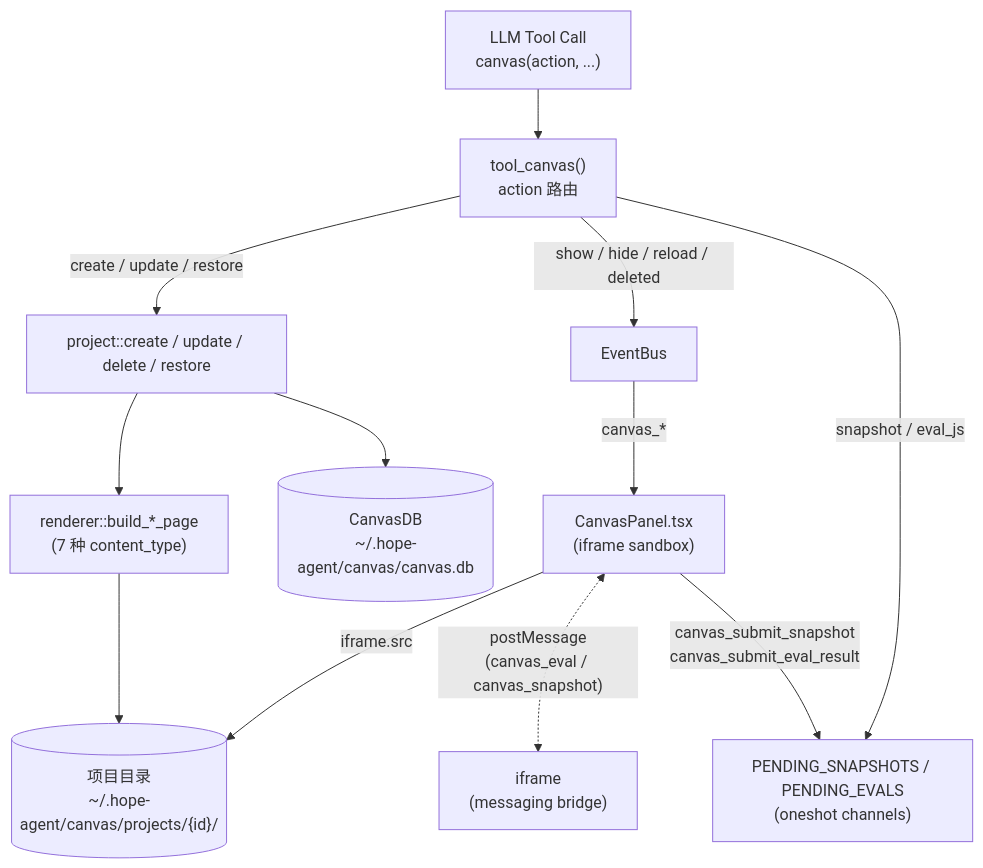
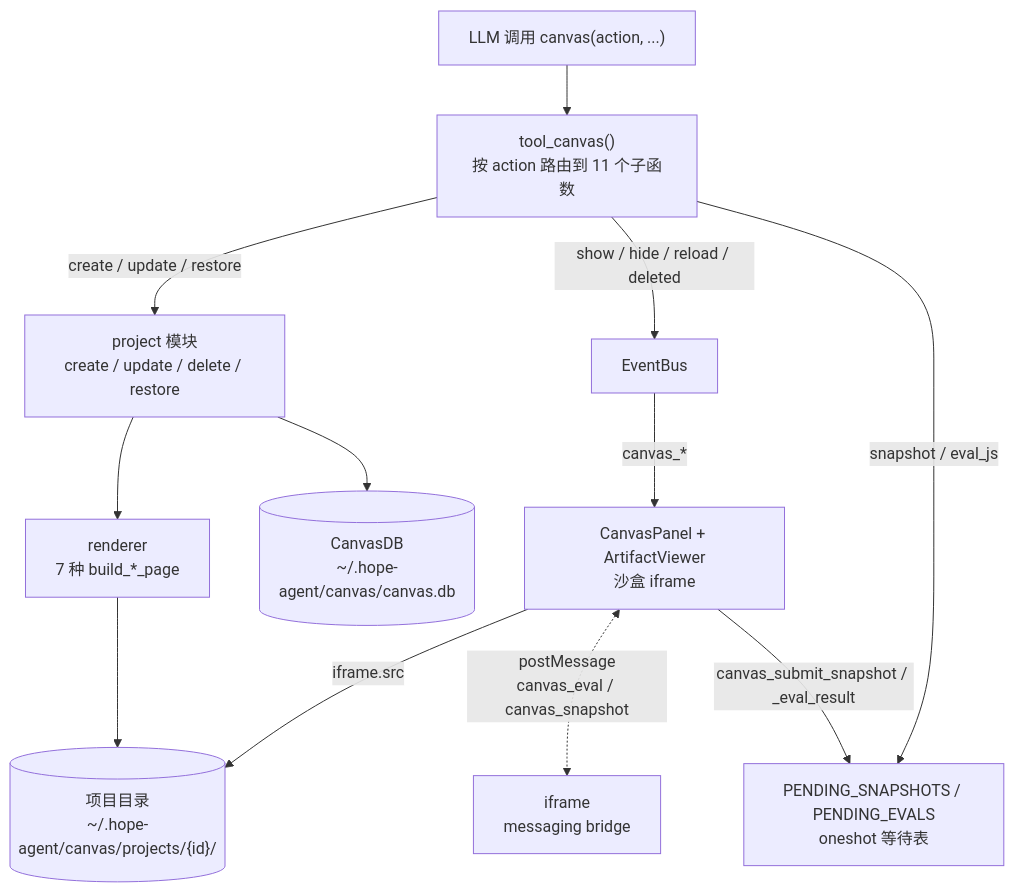
One commit to shiwenwen/hope-agent changed the first of 4 diagrams in docs/architecture/canvas.md. Above: the diagram before and after it, drawn with Mermaid. The commit also changed other lines of this file and 12 other files, not shown here.

First line of the commit message:
🦭docs: 第六批 13 篇按新标准重做（browser/dreaming/loop/terminal/live-model-evaluation/process-model/transport-modes/cli/sandbox/canvas/workflow/prompt-system/macos-control）

````diff
--- a/docs/architecture/canvas.md
+++ b/docs/architecture/canvas.md
@@ -39,23 +44,24 @@
 ```mermaid
 graph TD
-    LLM["LLM Tool Call<br/>canvas(action, ...)"]
-    ENTRY["tool_canvas()<br/>action 路由"]
-    PROJECT["project::create / update / delete / restore"]
-    RENDERER["renderer::build_*_page<br/>(7 种 content_type)"]
+    LLM["LLM 调用 canvas(action, ...)"]
+    ENTRY["tool_canvas()<br/>按 action 路由到 11 个子函数"]
+    PROJECT["project 模块<br/>create / update / delete / restore"]
+    RENDERER["renderer<br/>7 种 build_*_page"]
     DB[("CanvasDB<br/>~/.hope-agent/canvas/canvas.db")]
     FILES[("项目目录<br/>~/.hope-agent/canvas/projects/{id}/")]
     BUS["EventBus"]
+    ORACLE["PENDING_SNAPSHOTS / PENDING_EVALS<br/>oneshot 等待表"]
 
     LLM --> ENTRY
     ENTRY -- "create / update / restore" --> PROJECT
     PROJECT --> RENDERER
     RENDERER --> FILES
     PROJECT --> DB
     ENTRY -- "show / hide / reload / deleted" --> BUS
-    ENTRY -- "snapshot / eval_js" --> ORACLE["PENDING_SNAPSHOTS / PENDING_EVALS<br/>(oneshot channels)"]
+    ENTRY -- "snapshot / eval_js" --> ORACLE
 
-    BUS -- "canvas_*" --> PANEL["CanvasPanel.tsx<br/>(iframe sandbox)"]
+    BUS -- "canvas_*" --> PANEL["CanvasPanel + ArtifactViewer<br/>沙盒 iframe"]
     PANEL -- "iframe.src" --> FILES
-    PANEL <-. "postMessage<br/>(canvas_eval / canvas_snapshot)" .-> IFRAME["iframe<br/>(messaging bridge)"]
-    PANEL -- "canvas_submit_snapshot<br/>canvas_submit_eval_result" --> ORACLE
+    PANEL <-. "postMessage<br/>canvas_eval / canvas_snapshot" .-> IFRAME["iframe<br/>messaging bridge"]
+    PANEL -- "canvas_submit_snapshot / _eval_result" --> ORACLE
 ```
````
